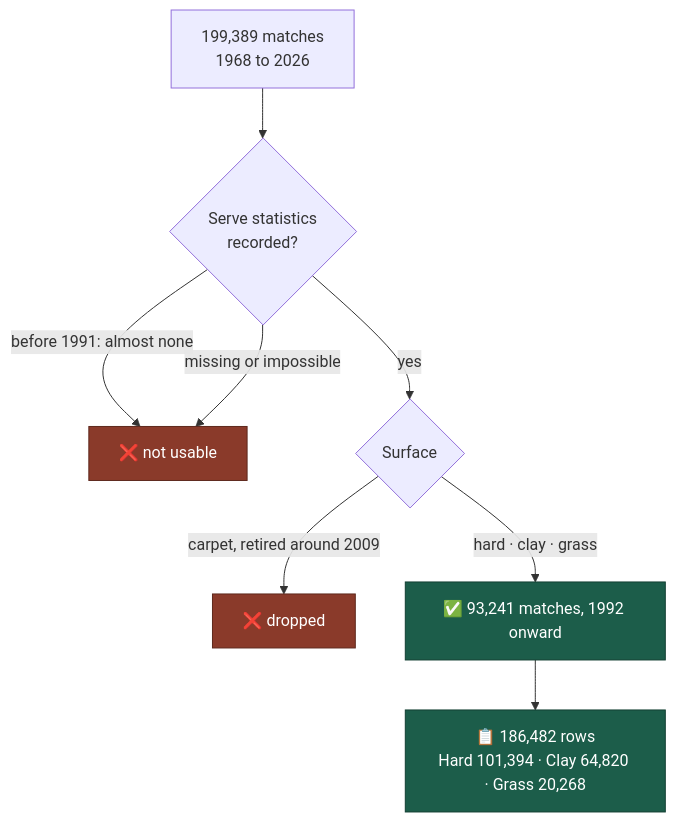
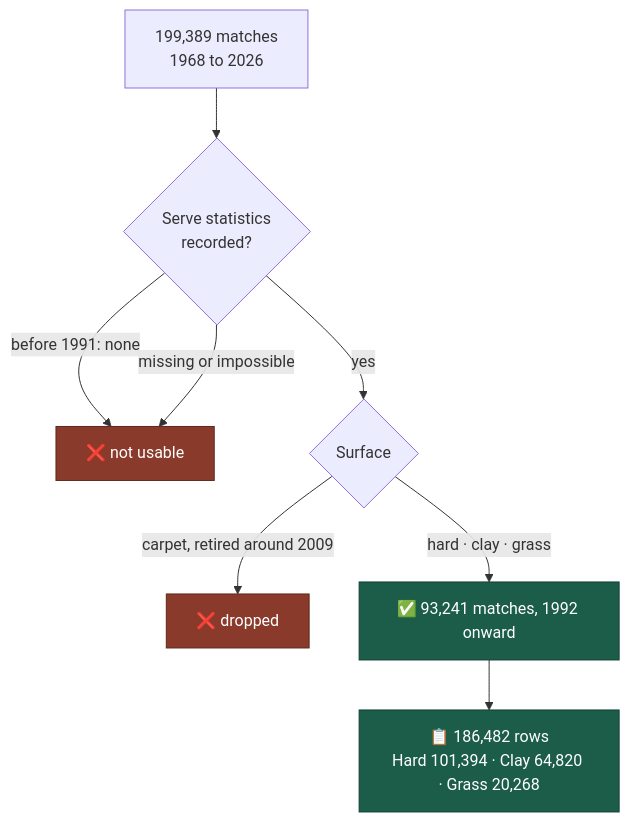
One commit to MacMac2070/atp-tennis-simulator changed the second of 7 diagrams in README.md. Above: the diagram before and after it, drawn with Mermaid. The commit also changed other lines of this file and 2 other files, not shown here.

````diff
--- a/README.md
+++ b/README.md
@@ -69,15 +70,15 @@
 ```mermaid
 flowchart TD
     A["199,389 matches<br/>1968 to 2026"] --> B{"Serve statistics<br/>recorded?"}
-    B -->|"before 1991: almost none"| X["❌ not usable"]
+    B -->|"before 1991: none"| X["❌ not usable"]
     B -->|"missing or impossible"| X
     B -->|"yes"| C{"Surface"}
     C -->|"carpet, retired around 2009"| Y["❌ dropped"]
     C -->|"hard · clay · grass"| D["✅ 93,241 matches, 1992 onward"]
     D --> E["📋 186,482 rows<br/>Hard 101,394 · Clay 64,820 · Grass 20,268"]
 
     classDef bad fill:#8a3a2a,stroke:#5e281d,color:#fff
     classDef good fill:#1c5d4a,stroke:#123f32,color:#fff
     class X,Y bad
     class D,E good
 ```
````
